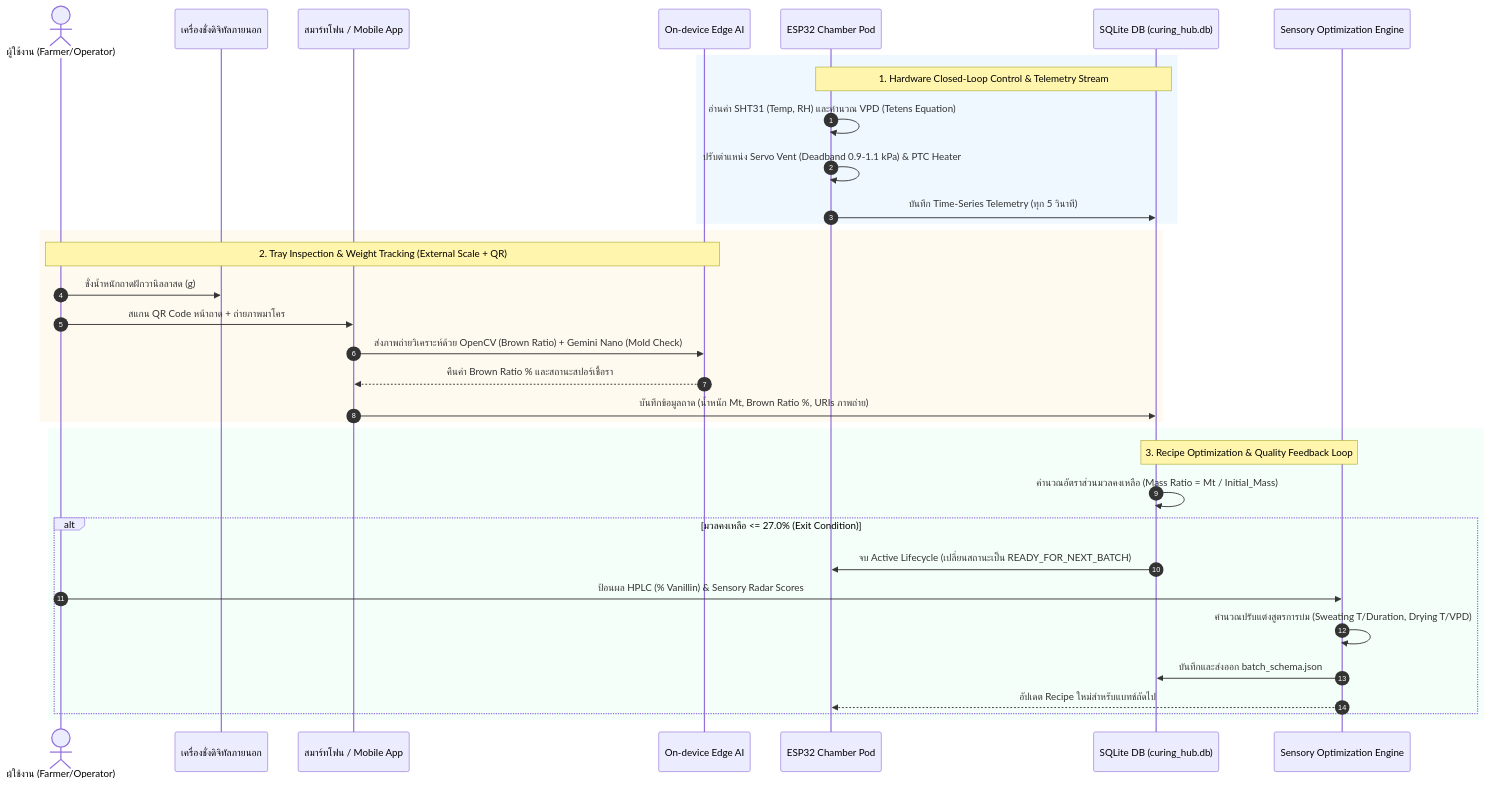
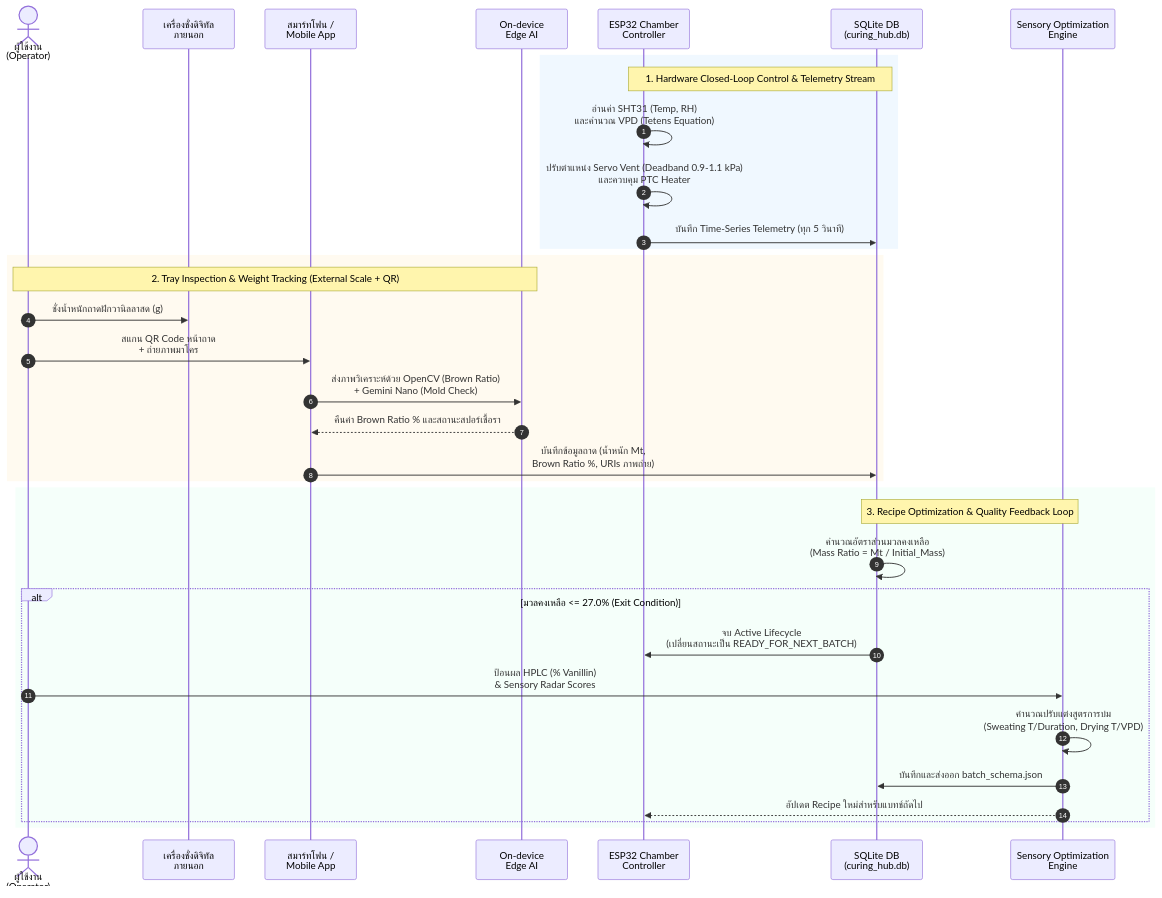
One commit to rongrithp/vanilla-curing-hub changed the second of 2 diagrams in DATA_PIPELINE.md. Above: the diagram before and after it, drawn with Mermaid. The commit also changed other lines of this file, not shown here.

Commit message:
style: increase font size and optimize layout in DATA_PIPELINE.md mermaid diagrams

````diff
--- a/DATA_PIPELINE.md
+++ b/DATA_PIPELINE.md
@@ -51,39 +52,40 @@
 ```mermaid
+%%{init: { 'sequence': { 'actorFontSize': 20, 'messageFontSize': 18, 'noteFontSize': 18, 'labelFontSize': 18, 'boxTextMargin': 12 }, 'themeVariables': { 'fontSize': '18px', 'fontFamily': 'sans-serif' } } }%%
 sequenceDiagram
     autonumber
-    actor Operator as ผู้ใช้งาน (Farmer/Operator)
-    participant Scale as เครื่องชั่งดิจิทัลภายนอก
-    participant Phone as สมาร์ทโฟน / Mobile App
-    participant EdgeAI as On-device Edge AI
-    participant ESP32 as ESP32 Chamber Pod
-    participant DB as SQLite DB (curing_hub.db)
-    participant OptEngine as Sensory Optimization Engine
+    actor Operator as ผู้ใช้งาน<br/>(Operator)
+    participant Scale as เครื่องชั่งดิจิทัล<br/>ภายนอก
+    participant Phone as สมาร์ทโฟน /<br/>Mobile App
+    participant EdgeAI as On-device<br/>Edge AI
+    participant ESP32 as ESP32 Chamber<br/>Controller
+    participant DB as SQLite DB<br/>(curing_hub.db)
+    participant OptEngine as Sensory Optimization<br/>Engine
 
     rect rgb(240, 248, 255)
         note over ESP32, DB: 1. Hardware Closed-Loop Control & Telemetry Stream
-        ESP32->>ESP32: อ่านค่า SHT31 (Temp, RH) และคำนวณ VPD (Tetens Equation)
-        ESP32->>ESP32: ปรับตำแหน่ง Servo Vent (Deadband 0.9-1.1 kPa) & PTC Heater
+        ESP32->>ESP32: อ่านค่า SHT31 (Temp, RH)<br/>และคำนวณ VPD (Tetens Equation)
+        ESP32->>ESP32: ปรับตำแหน่ง Servo Vent (Deadband 0.9-1.1 kPa)<br/>และควบคุม PTC Heater
         ESP32->>DB: บันทึก Time-Series Telemetry (ทุก 5 วินาที)
     end
 
     rect rgb(255, 250, 240)
         note over Operator, EdgeAI: 2. Tray Inspection & Weight Tracking (External Scale + QR)
         Operator->>Scale: ชั่งน้ำหนักถาดฝักวานิลลาสด (g)
-        Operator->>Phone: สแกน QR Code หน้าถาด + ถ่ายภาพมาโคร
-        Phone->>EdgeAI: ส่งภาพถ่ายวิเคราะห์ด้วย OpenCV (Brown Ratio) + Gemini Nano (Mold Check)
+        Operator->>Phone: สแกน QR Code หน้าถาด<br/>+ ถ่ายภาพมาโคร
+        Phone->>EdgeAI: ส่งภาพวิเคราะห์ด้วย OpenCV (Brown Ratio)<br/>+ Gemini Nano (Mold Check)
         EdgeAI-->>Phone: คืนค่า Brown Ratio % และสถานะสปอร์เชื้อรา
-        Phone->>DB: บันทึกข้อมูลถาด (น้ำหนัก Mt, Brown Ratio %, URIs ภาพถ่าย)
+        Phone->>DB: บันทึกข้อมูลถาด (น้ำหนัก Mt,<br/>Brown Ratio %, URIs ภาพถ่าย)
     end
 
     rect rgb(245, 255, 250)
         note over DB, OptEngine: 3. Recipe Optimization & Quality Feedback Loop
-        DB->>DB: คำนวณอัตราส่วนมวลคงเหลือ (Mass Ratio = Mt / Initial_Mass)
+        DB->>DB: คำนวณอัตราส่วนมวลคงเหลือ<br/>(Mass Ratio = Mt / Initial_Mass)
         alt มวลคงเหลือ <= 27.0% (Exit Condition)
-            DB->>ESP32: จบ Active Lifecycle (เปลี่ยนสถานะเป็น READY_FOR_NEXT_BATCH)
-            Operator->>OptEngine: ป้อนผล HPLC (% Vanillin) & Sensory Radar Scores
-            OptEngine->>OptEngine: คำนวณปรับแต่งสูตรการบ่ม (Sweating T/Duration, Drying T/VPD)
+            DB->>ESP32: จบ Active Lifecycle<br/>(เปลี่ยนสถานะเป็น READY_FOR_NEXT_BATCH)
+            Operator->>OptEngine: ป้อนผล HPLC (% Vanillin)<br/>& Sensory Radar Scores
+            OptEngine->>OptEngine: คำนวณปรับแต่งสูตรการบ่ม<br/>(Sweating T/Duration, Drying T/VPD)
             OptEngine->>DB: บันทึกและส่งออก batch_schema.json
             OptEngine-->>ESP32: อัปเดต Recipe ใหม่สำหรับแบทช์ถัดไป
         end
     end
 ```
````
